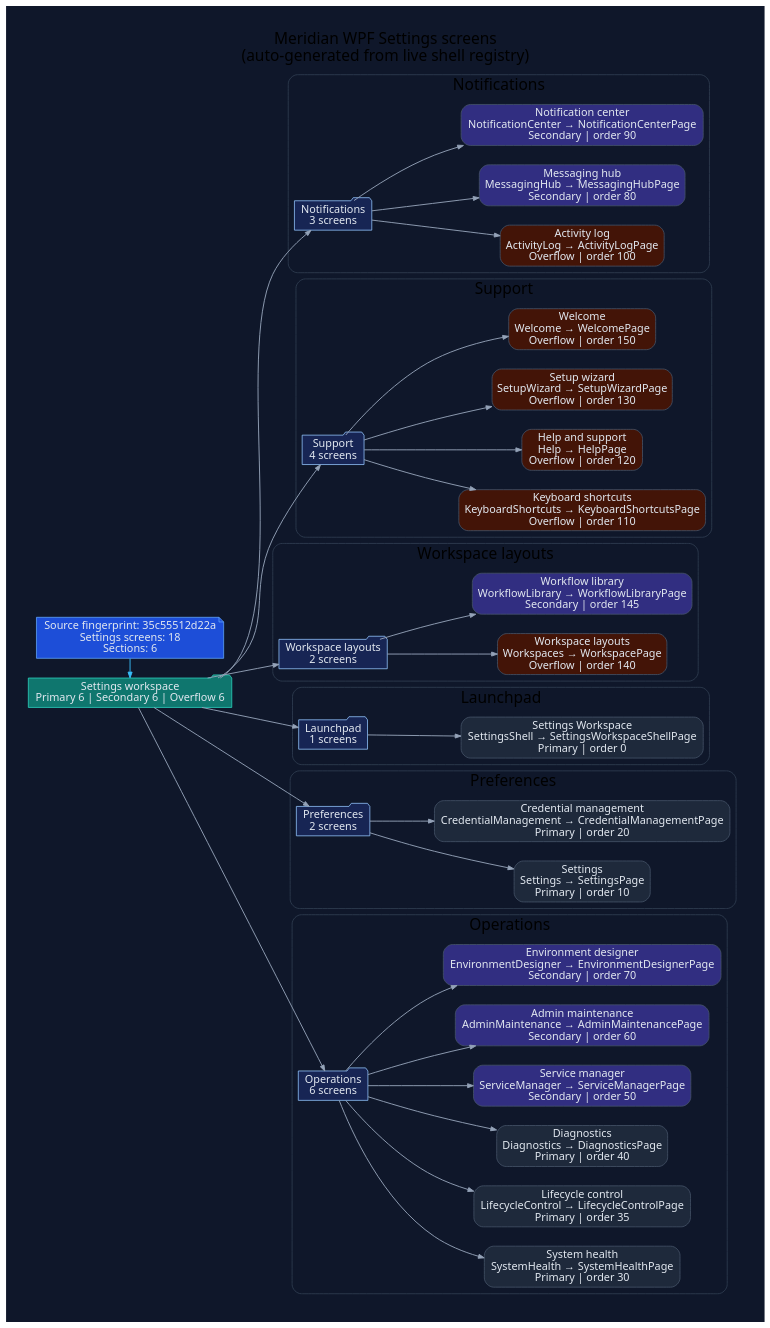
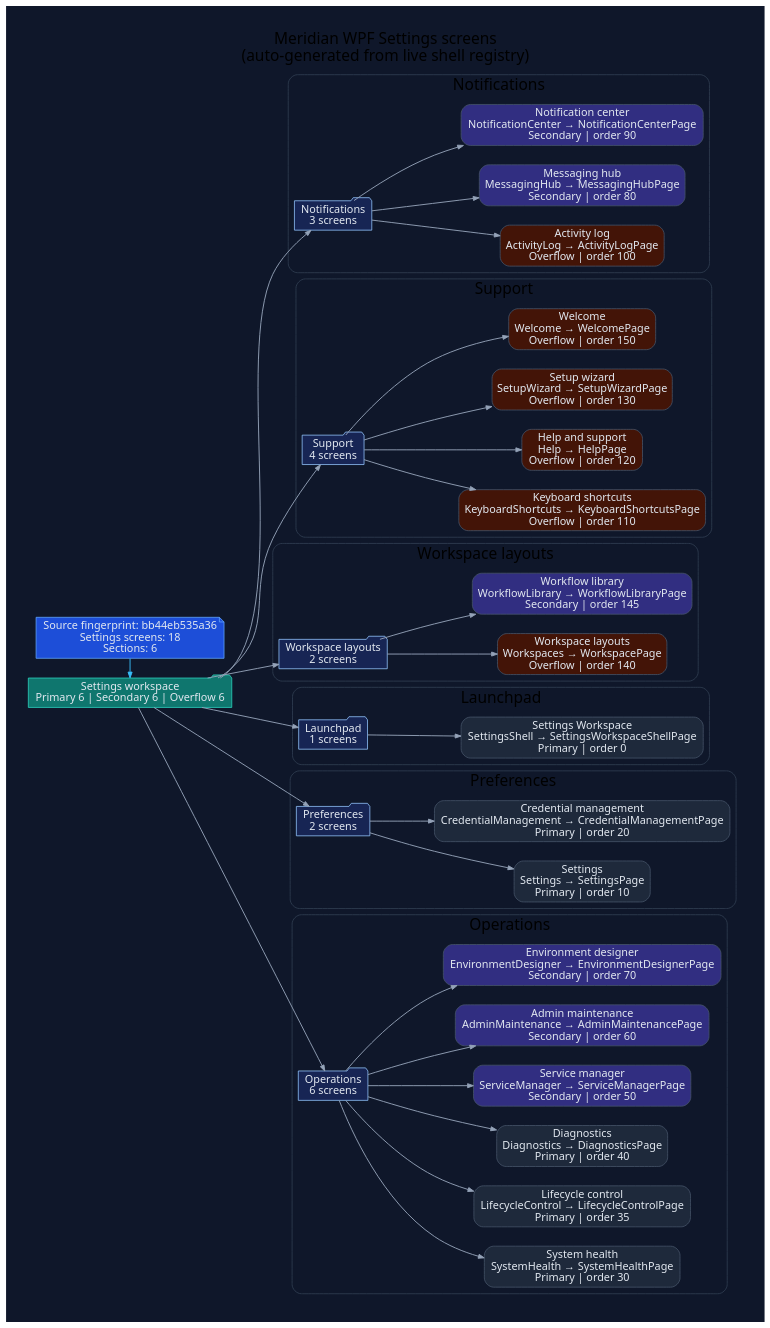
Before and after one commit to rodoHasArrived/Meridian-main: the diagram in docs/diagrams/ui/ui-wpf-screens-settings.dot, drawn with Graphviz. The commit also changed 45 other files, not shown here.

Commit message:
Refresh generated WPF source fingerprints from hosted regeneration

```diff
--- a/docs/diagrams/ui/ui-wpf-screens-settings.dot
+++ b/docs/diagrams/ui/ui-wpf-screens-settings.dot
@@ -1,110 +1,110 @@
 // -----------------------------------------------------------------------------
 // <auto-generated>
 // Generated by scripts/generate-diagrams.mjs.
 // Do not edit this file directly; update the WPF source files instead.
 // -----------------------------------------------------------------------------
 digraph WpfSettingsScreens {
   graph [
     rankdir=LR,
     labelloc=t,
     label="Meridian WPF Settings screens\n(auto-generated from live shell registry)",
     fontname="Segoe UI",
     fontsize=20,
     pad=0.4,
     nodesep=0.35,
     ranksep=0.85,
     bgcolor="#0f172a"
   ];
   node [fontname="Segoe UI", shape=box, style="rounded,filled", color="#475569", fontcolor="#e2e8f0", fillcolor="#1e293b"];
   edge [fontname="Segoe UI", color="#94a3b8", penwidth=1.2, arrowsize=0.75];
 
-  generated [shape=note, fillcolor="#1d4ed8", color="#60a5fa", label="Source fingerprint: 35c55512d22a\nSettings screens: 18\nSections: 6"];
+  generated [shape=note, fillcolor="#1d4ed8", color="#60a5fa", label="Source fingerprint: bb44eb535a36\nSettings screens: 18\nSections: 6"];
   workspace [shape=folder, fillcolor="#0f766e", color="#2dd4bf", label="Settings workspace\nPrimary 6 | Secondary 6 | Overflow 6"];
   generated -> workspace [color="#38bdf8"];
 
   subgraph cluster_section_1 {
     label="Notifications";
     color="#334155";
     style="rounded";
     section_1 [shape=folder, fillcolor="#172554", color="#93c5fd", label="Notifications\n3 screens"];
     workspace -> section_1;
     screen_ActivityLog [fillcolor="#431407", label="Activity log\nActivityLog → ActivityLogPage\nOverflow | order 100"];
     section_1 -> screen_ActivityLog;
     screen_MessagingHub [fillcolor="#312e81", label="Messaging hub\nMessagingHub → MessagingHubPage\nSecondary | order 80"];
     section_1 -> screen_MessagingHub;
     screen_NotificationCenter [fillcolor="#312e81", label="Notification center\nNotificationCenter → NotificationCenterPage\nSecondary | order 90"];
     section_1 -> screen_NotificationCenter;
   }
 
   subgraph cluster_section_2 {
     label="Support";
     color="#334155";
     style="rounded";
     section_2 [shape=folder, fillcolor="#172554", color="#93c5fd", label="Support\n4 screens"];
     workspace -> section_2;
     screen_KeyboardShortcuts [fillcolor="#431407", label="Keyboard shortcuts\nKeyboardShortcuts → KeyboardShortcutsPage\nOverflow | order 110"];
     section_2 -> screen_KeyboardShortcuts;
     screen_Help [fillcolor="#431407", label="Help and support\nHelp → HelpPage\nOverflow | order 120"];
     section_2 -> screen_Help;
     screen_SetupWizard [fillcolor="#431407", label="Setup wizard\nSetupWizard → SetupWizardPage\nOverflow | order 130"];
     section_2 -> screen_SetupWizard;
     screen_Welcome [fillcolor="#431407", label="Welcome\nWelcome → WelcomePage\nOverflow | order 150"];
     section_2 -> screen_Welcome;
   }
 
   subgraph cluster_section_3 {
     label="Workspace layouts";
     color="#334155";
     style="rounded";
     section_3 [shape=folder, fillcolor="#172554", color="#93c5fd", label="Workspace layouts\n2 screens"];
     workspace -> section_3;
     screen_Workspaces [fillcolor="#431407", label="Workspace layouts\nWorkspaces → WorkspacePage\nOverflow | order 140"];
     section_3 -> screen_Workspaces;
     screen_WorkflowLibrary [fillcolor="#312e81", label="Workflow library\nWorkflowLibrary → WorkflowLibraryPage\nSecondary | order 145"];
     section_3 -> screen_WorkflowLibrary;
   }
 
   subgraph cluster_section_4 {
     label="Launchpad";
     color="#334155";
     style="rounded";
     section_4 [shape=folder, fillcolor="#172554", color="#93c5fd", label="Launchpad\n1 screens"];
     workspace -> section_4;
     screen_SettingsShell [fillcolor="#1e293b", label="Settings Workspace\nSettingsShell → SettingsWorkspaceShellPage\nPrimary | order 0"];
     section_4 -> screen_SettingsShell;
   }
 
   subgraph cluster_section_5 {
     label="Preferences";
     color="#334155";
     style="rounded";
     section_5 [shape=folder, fillcolor="#172554", color="#93c5fd", label="Preferences\n2 screens"];
     workspace -> section_5;
     screen_Settings [fillcolor="#1e293b", label="Settings\nSettings → SettingsPage\nPrimary | order 10"];
     section_5 -> screen_Settings;
     screen_CredentialManagement [fillcolor="#1e293b", label="Credential management\nCredentialManagement → CredentialManagementPage\nPrimary | order 20"];
     section_5 -> screen_CredentialManagement;
   }
 
   subgraph cluster_section_6 {
     label="Operations";
     color="#334155";
     style="rounded";
     section_6 [shape=folder, fillcolor="#172554", color="#93c5fd", label="Operations\n6 screens"];
     workspace -> section_6;
     screen_SystemHealth [fillcolor="#1e293b", label="System health\nSystemHealth → SystemHealthPage\nPrimary | order 30"];
     section_6 -> screen_SystemHealth;
     screen_LifecycleControl [fillcolor="#1e293b", label="Lifecycle control\nLifecycleControl → LifecycleControlPage\nPrimary | order 35"];
     section_6 -> screen_LifecycleControl;
     screen_Diagnostics [fillcolor="#1e293b", label="Diagnostics\nDiagnostics → DiagnosticsPage\nPrimary | order 40"];
     section_6 -> screen_Diagnostics;
     screen_ServiceManager [fillcolor="#312e81", label="Service manager\nServiceManager → ServiceManagerPage\nSecondary | order 50"];
     section_6 -> screen_ServiceManager;
     screen_AdminMaintenance [fillcolor="#312e81", label="Admin maintenance\nAdminMaintenance → AdminMaintenancePage\nSecondary | order 60"];
     section_6 -> screen_AdminMaintenance;
     screen_EnvironmentDesigner [fillcolor="#312e81", label="Environment designer\nEnvironmentDesigner → EnvironmentDesignerPage\nSecondary | order 70"];
     section_6 -> screen_EnvironmentDesigner;
   }
 
   { rank=min; generated; workspace; }
 }
```
